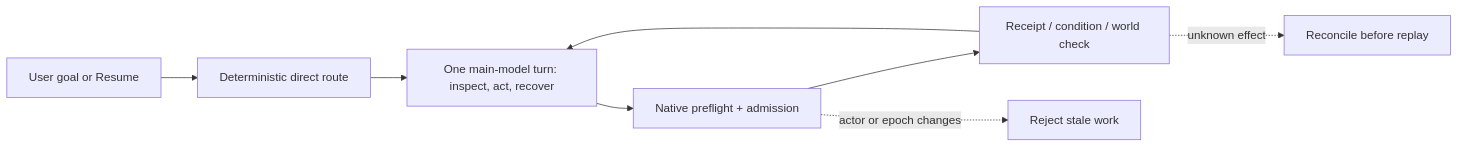
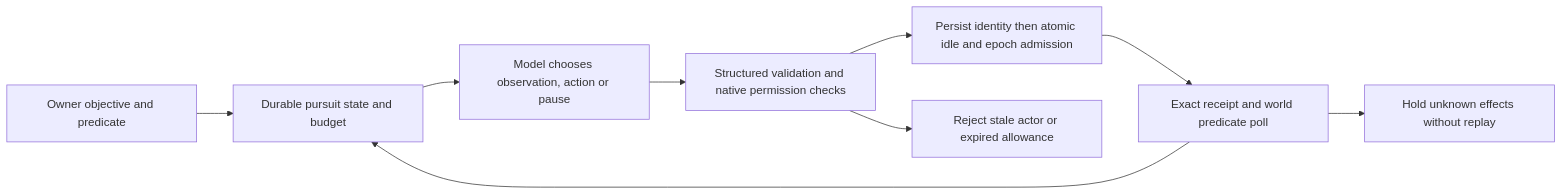
The second of 2 diagrams in docs/GOAL_PURSUIT_HARNESS_EXPERIMENT_2026-10-10.md (TTLouis/factorio-npc), drawn with Mermaid before and after one commit. The commit also changed other lines of this file and 21 other files, not shown here.

Commit message:
feat: integrate bounded opt-in goal pursuit runtime

````diff
--- a/docs/GOAL_PURSUIT_HARNESS_EXPERIMENT_2026-10-10.md
+++ b/docs/GOAL_PURSUIT_HARNESS_EXPERIMENT_2026-10-10.md
@@ -49,10 +25,11 @@
 ```mermaid
 flowchart LR
-  U[User goal or Resume] --> D[Deterministic direct route]
-  D --> M[One main-model turn: inspect, act, recover]
-  M --> A[Native preflight + admission]
-  A --> R[Receipt / condition / world check]
-  R --> M
-  A -. actor or epoch changes .-> X[Reject stale work]
-  R -. unknown effect .-> Q[Reconcile before replay]
+ U[Owner objective and predicate] --> H[Durable pursuit state and budget]
+ H --> M[Model chooses observation, action or pause]
+ M --> V[Structured validation and native permission checks]
+ V --> A[Persist identity then atomic idle and epoch admission]
+ A --> R[Exact receipt and world predicate poll]
+ R --> H
+ R --> Q[Hold unknown effects without replay]
+ V --> F[Reject stale actor or expired allowance]
 ```
````
